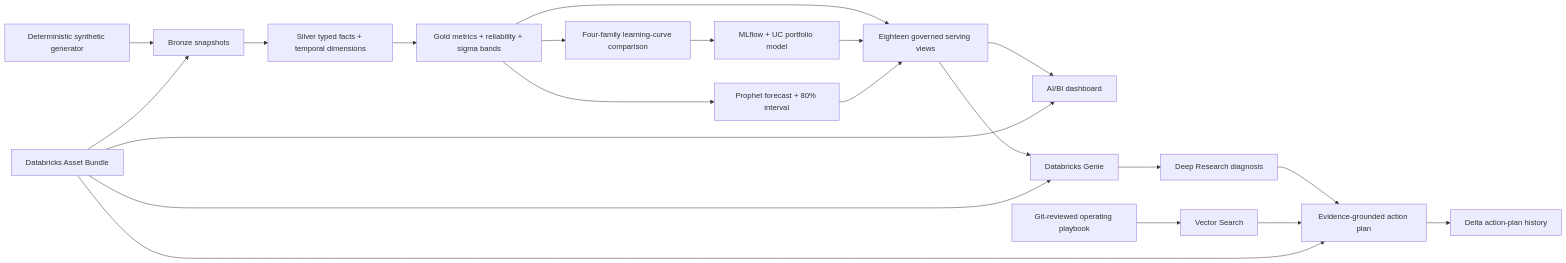
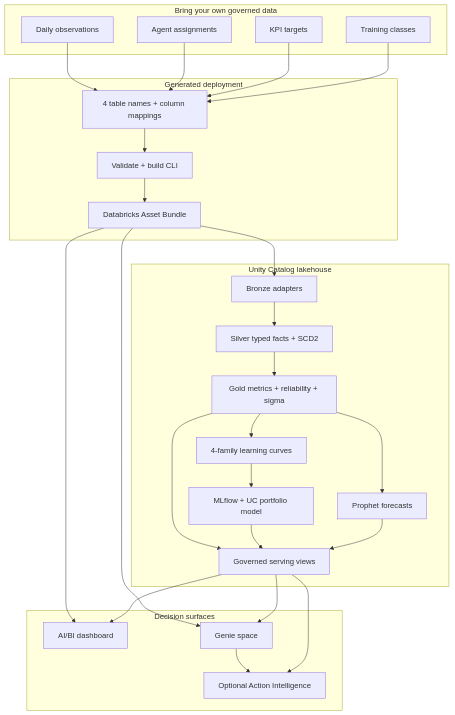
The second of 2 diagrams in README.md (soulipaco/contact-center-new-hire-intelligence), drawn with Mermaid before and after one commit. The commit also changed other lines of this file and 11 other files, not shown here.

````diff
--- a/README.md
+++ b/README.md
@@ -90,23 +93,42 @@
 ```mermaid
-flowchart LR
-    S["Deterministic synthetic generator"] --> B["Bronze snapshots"]
-    B --> V["Silver typed facts + temporal dimensions"]
-    V --> G["Gold metrics + reliability + sigma bands"]
-    G --> M["Four-family learning-curve comparison"]
-    M --> R["MLflow + UC portfolio model"]
-    G --> P["Prophet forecast + 80% interval"]
-    G --> Q["Eighteen governed serving views"]
-    R --> Q
-    P --> Q
-    Q --> D["AI/BI dashboard"]
-    Q --> E["Databricks Genie"]
-    E --> T["Deep Research diagnosis"]
-    O["Git-reviewed operating playbook"] --> X["Vector Search"]
-    T --> A["Evidence-grounded action plan"]
-    X --> A
-    A --> L["Delta action-plan history"]
-    I["Databricks Asset Bundle"] --> B
-    I --> D
-    I --> E
-    I --> A
+flowchart TB
+    subgraph Inputs["Bring your own governed data"]
+        O["Daily observations"]
+        A["Agent assignments"]
+        T["KPI targets"]
+        C["Training classes"]
+    end
+
+    subgraph Build["Generated deployment"]
+        CFG["4 table names + column mappings"]
+        CLI["Validate + build CLI"]
+        DAB["Databricks Asset Bundle"]
+        CFG --> CLI --> DAB
+    end
+
+    subgraph Lakehouse["Unity Catalog lakehouse"]
+        BR["Bronze adapters"] --> SI["Silver typed facts + SCD2"]
+        SI --> GO["Gold metrics + reliability + sigma"]
+        GO --> LC["4-family learning curves"]
+        GO --> PF["Prophet forecasts"]
+        LC --> ML["MLflow + UC portfolio model"]
+        GO --> SV["Governed serving views"]
+        ML --> SV
+        PF --> SV
+    end
+
+    subgraph Experience["Decision surfaces"]
+        DB["AI/BI dashboard"]
+        GE["Genie space"]
+        AI["Optional Action Intelligence"]
+        GE --> AI
+    end
+
+    O & A & T & C --> CFG
+    DAB --> BR
+    DAB --> DB
+    DAB --> GE
+    SV --> DB
+    SV --> GE
+    SV --> AI
 ```
````
